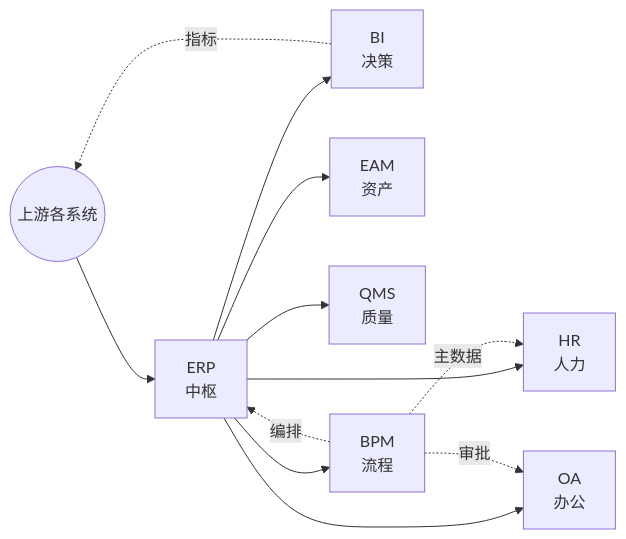
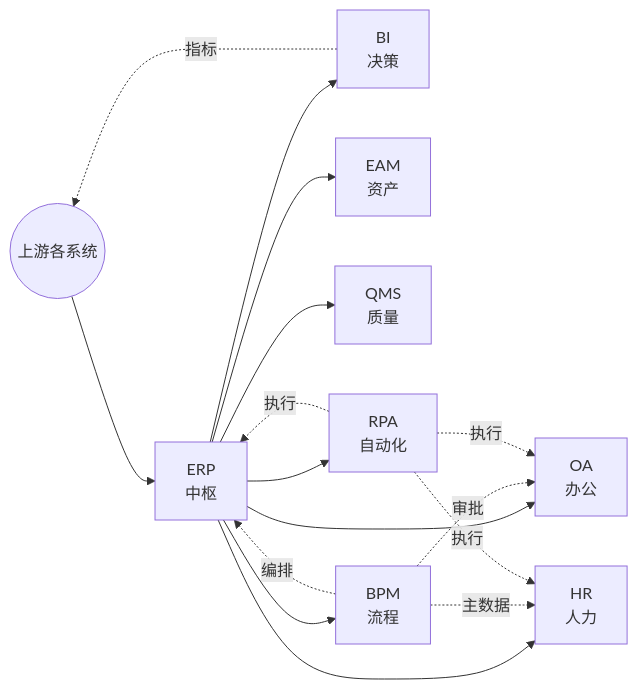
Before and after one commit to wb04307201/wb04307201: the diagram in note/08.application-systems/05-operations/README.md, drawn with Mermaid. The commit also changed other lines of this file and 1 other file, not shown here.

````diff
--- a/note/08.application-systems/05-operations/README.md
+++ b/note/08.application-systems/05-operations/README.md
@@ -16,14 +16,18 @@
 ```mermaid
 flowchart LR
     A((上游各系统)) --> B[ERP<br/>中枢]
     B --> C[BI<br/>决策]
     B --> D[EAM<br/>资产]
     B --> E[HR<br/>人力]
     B --> F[OA<br/>办公]
     B --> G[QMS<br/>质量]
     B --> H[BPM<br/>流程]
+    B --> I[RPA<br/>自动化]
     C -.指标.-> A
     H -.编排.-> B
     H -.审批.-> F
     H -.主数据.-> E
+    I -.执行.-> B
+    I -.执行.-> F
+    I -.执行.-> E
 ```
````
